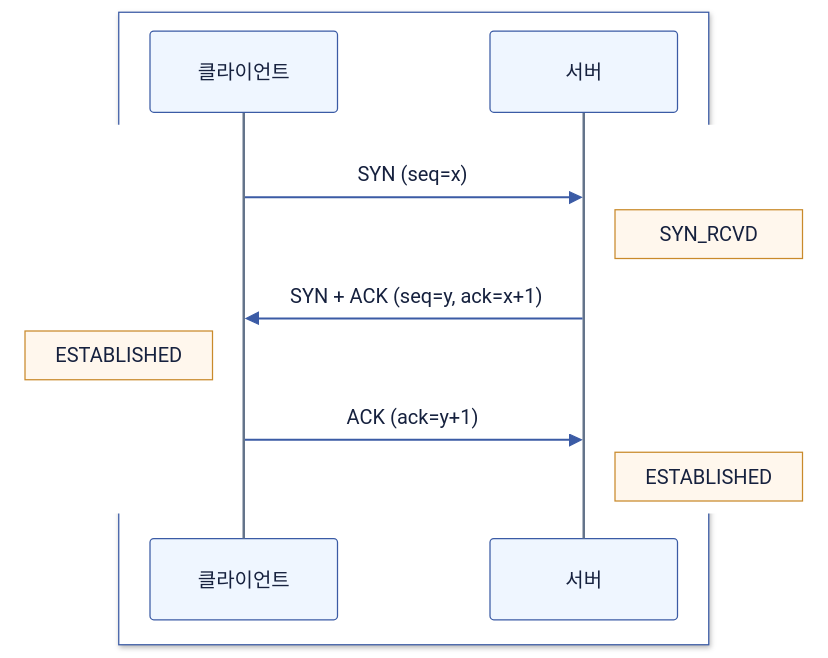
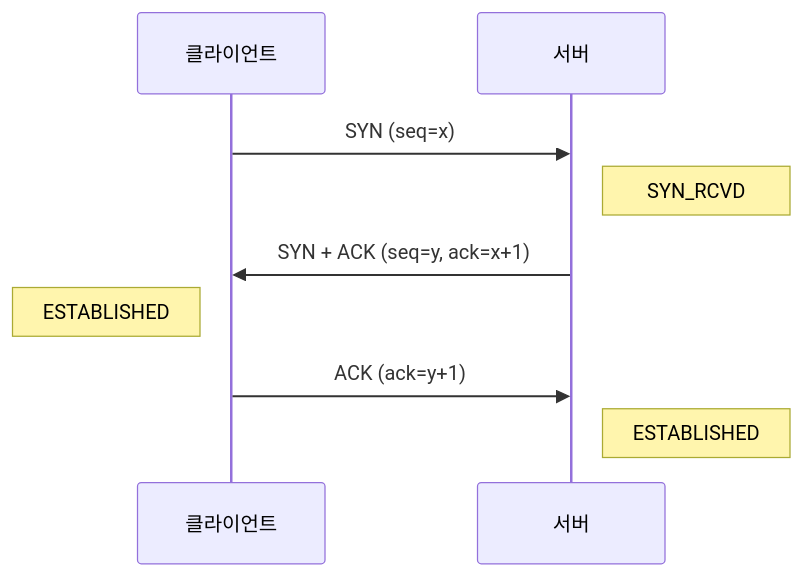
The second of 5 diagrams in computer-science/2607-network-fundamentals.md (Hyune-s-lab/my-ai-study), drawn with Mermaid before and after one commit. The commit also changed other lines of this file and 49 other files, not shown here.

Commit message:
docs: 단순 다이어그램은 Mermaid로, 복잡한 배치는 SVG로 정리

````diff
--- a/computer-science/2607-network-fundamentals.md
+++ b/computer-science/2607-network-fundamentals.md
@@ -63,16 +55,11 @@
 ```mermaid
 sequenceDiagram
-%%{init: {"theme": "base", "darkMode": false, "themeVariables": {"background": "#ffffff", "primaryColor": "#EFF6FF", "primaryTextColor": "#16213E", "primaryBorderColor": "#3B5BA5", "secondaryColor": "#F0FDF4", "tertiaryColor": "#FAF5FF", "lineColor": "#3B5BA5", "textColor": "#16213E", "edgeLabelBackground": "#ffffff", "actorBkg": "#EFF6FF", "actorBorder": "#3B5BA5", "actorTextColor": "#16213E", "signalColor": "#3B5BA5", "signalTextColor": "#16213E", "noteBkgColor": "#FFF7ED", "noteBorderColor": "#C98A2B", "noteTextColor": "#16213E", "labelBoxBkgColor": "#EFF6FF", "labelTextColor": "#16213E", "loopTextColor": "#16213E", "actorLineColor": "#64748B", "labelBoxBorderColor": "#3B5BA5"}}}%%
-  box rgb(255, 255, 255)
-    participant C as 클라이언트
-    participant S as 서버
-  end
-  rect rgb(255, 255, 255)
-    C->>S: SYN (seq=x)
-    Note right of S: SYN_RCVD
-    S->>C: SYN + ACK (seq=y, ack=x+1)
-    Note left of C: ESTABLISHED
-    C->>S: ACK (ack=y+1)
-    Note right of S: ESTABLISHED
-  end
+  participant C as 클라이언트
+  participant S as 서버
+  C->>S: SYN (seq=x)
+  Note right of S: SYN_RCVD
+  S->>C: SYN + ACK (seq=y, ack=x+1)
+  Note left of C: ESTABLISHED
+  C->>S: ACK (ack=y+1)
+  Note right of S: ESTABLISHED
 ```
````
